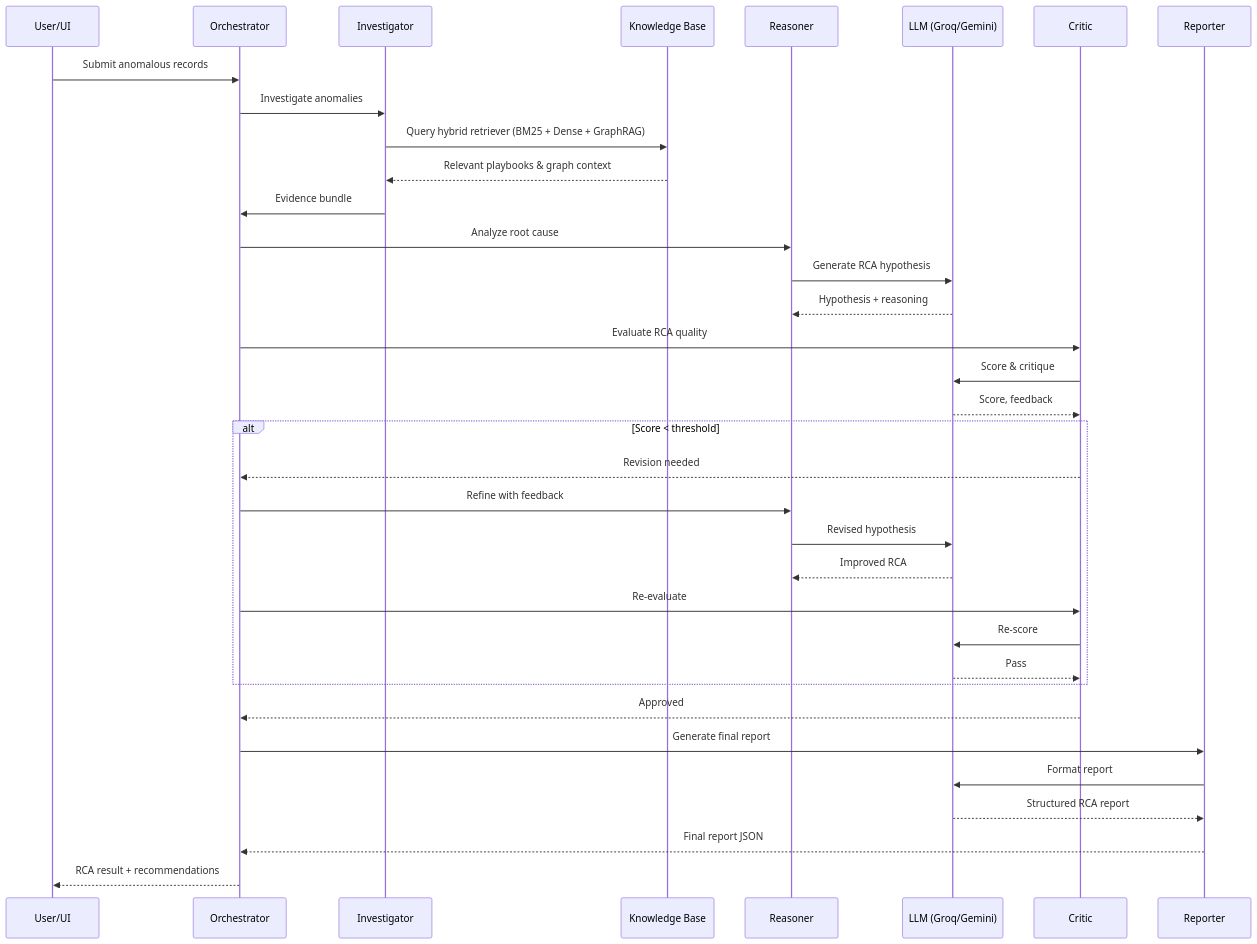
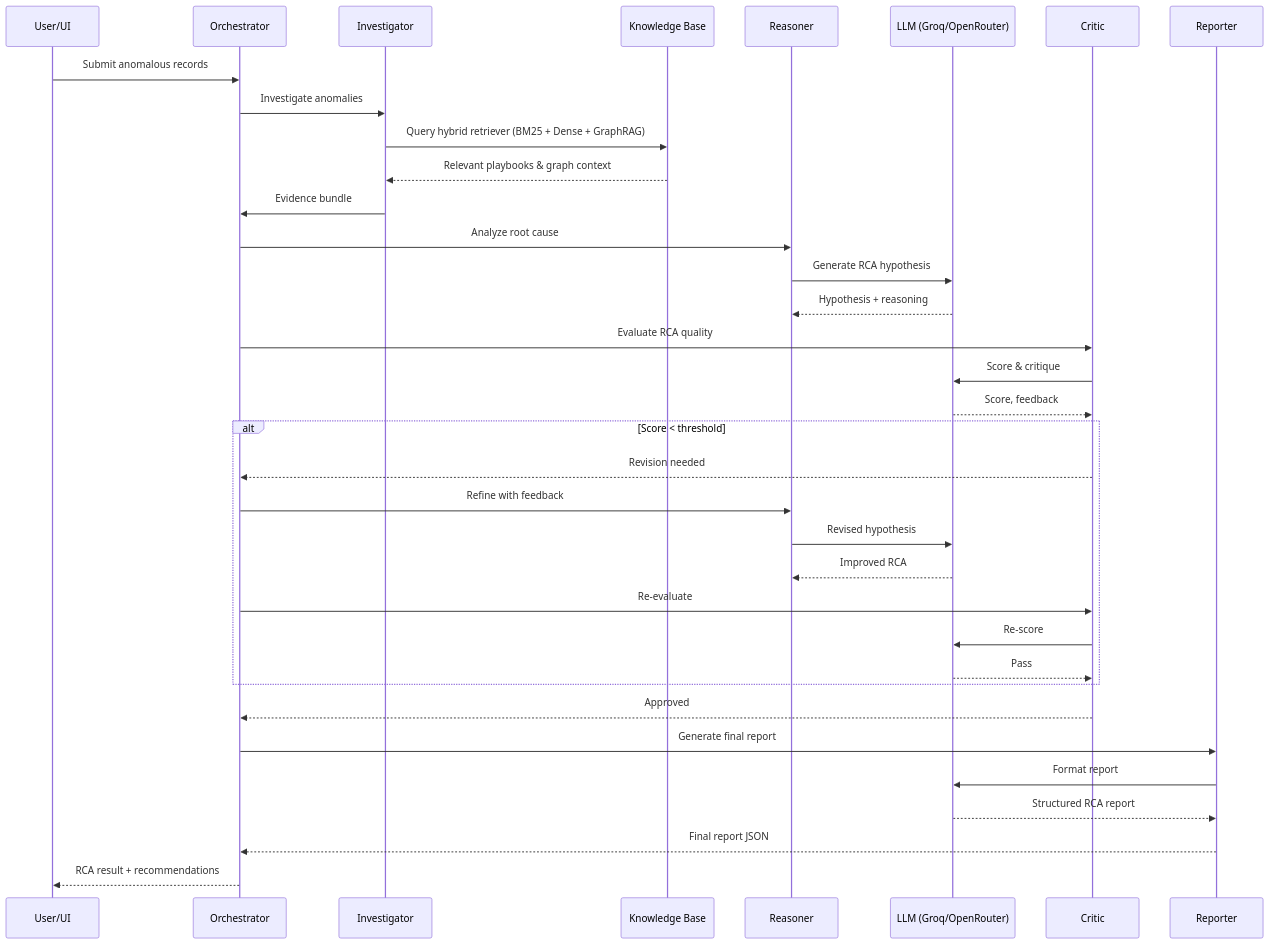
Before and after one commit to tatsat3mutee/mtech-teleco-multiagent-project: the diagram in docs/diagrams/agent_sequence.md, drawn with Mermaid. The commit also changed 14 other files, not shown here.

````diff
--- a/docs/diagrams/agent_sequence.md
+++ b/docs/diagrams/agent_sequence.md
@@ -3,46 +3,46 @@
 ```mermaid
 sequenceDiagram
     participant U as User/UI
     participant O as Orchestrator
     participant INV as Investigator
     participant KB as Knowledge Base
     participant RES as Reasoner
-    participant LLM as LLM (Groq/Gemini)
+    participant LLM as LLM (Groq/OpenRouter)
     participant CRI as Critic
     participant REP as Reporter
 
     U->>O: Submit anomalous records
     O->>INV: Investigate anomalies
 
     INV->>KB: Query hybrid retriever (BM25 + Dense + GraphRAG)
     KB-->>INV: Relevant playbooks & graph context
 
     INV->>O: Evidence bundle
 
     O->>RES: Analyze root cause
     RES->>LLM: Generate RCA hypothesis
     LLM-->>RES: Hypothesis + reasoning
 
     O->>CRI: Evaluate RCA quality
     CRI->>LLM: Score & critique
     LLM-->>CRI: Score, feedback
 
     alt Score < threshold
         CRI-->>O: Revision needed
         O->>RES: Refine with feedback
         RES->>LLM: Revised hypothesis
         LLM-->>RES: Improved RCA
         O->>CRI: Re-evaluate
         CRI->>LLM: Re-score
         LLM-->>CRI: Pass
     end
 
     CRI-->>O: Approved
 
     O->>REP: Generate final report
     REP->>LLM: Format report
     LLM-->>REP: Structured RCA report
 
     REP-->>O: Final report JSON
     O-->>U: RCA result + recommendations
 ```
````
